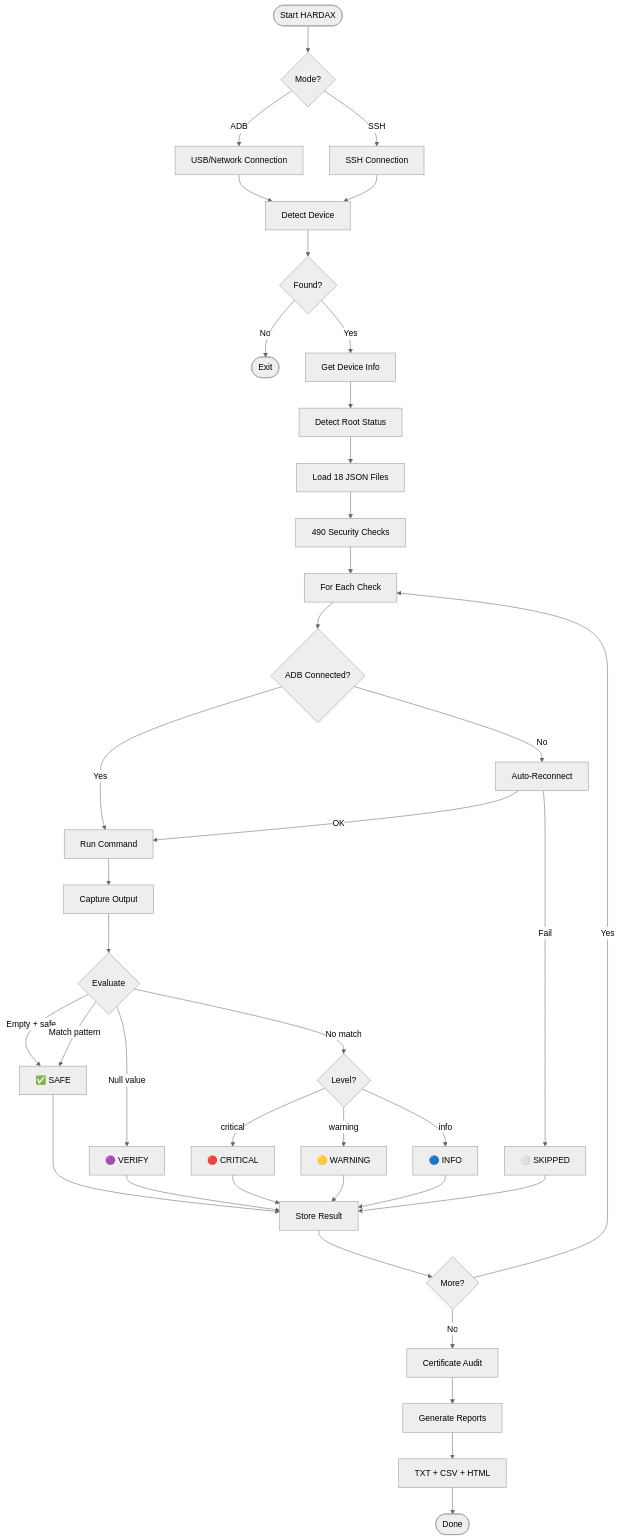
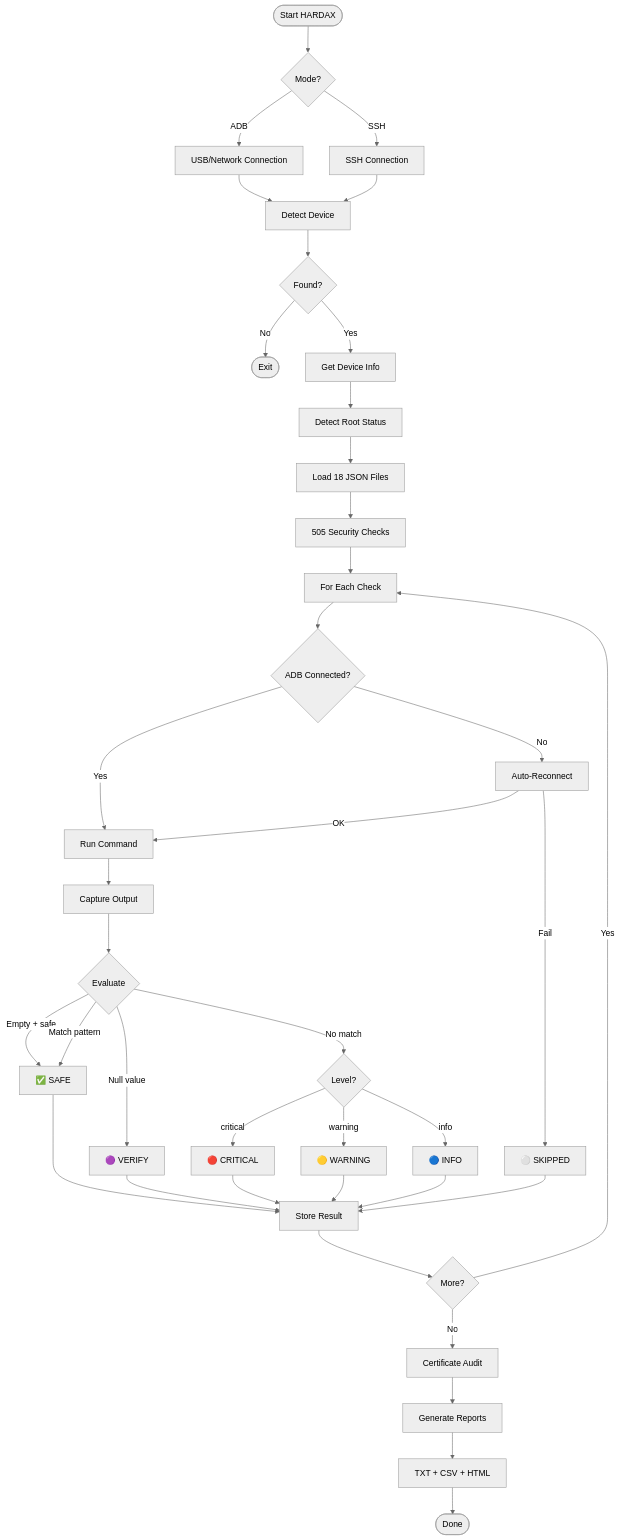
The diagram in README.md (V33RU/hardax), drawn with Mermaid (neutral theme) before and after one commit. The commit also changed other lines of this file, not shown here.

````diff
--- a/README.md
+++ b/README.md
@@ -227,36 +227,36 @@
 ```mermaid
 flowchart TD
     A([Start HARDAX]) --> B{Mode?}
     B -->|ADB| C[USB/Network Connection]
     B -->|SSH| D[SSH Connection]
     C --> E[Detect Device]
     D --> E
     E --> F{Found?}
     F -->|No| G([Exit])
     F -->|Yes| H[Get Device Info]
     H --> I[Detect Root Status]
     I --> J[Load 18 JSON Files]
-    J --> K[490 Security Checks]
+    J --> K[505 Security Checks]
     K --> L[For Each Check]
     L --> M{ADB Connected?}
     M -->|No| N[Auto-Reconnect]
     N -->|Fail| O[⚪ SKIPPED]
     M -->|Yes| P[Run Command]
     N -->|OK| P
     P --> Q[Capture Output]
     Q --> R{Evaluate}
     R -->|Empty + safe| S[✅ SAFE]
     R -->|Match pattern| S
     R -->|Null value| T[🟣 VERIFY]
     R -->|No match| U{Level?}
     U -->|critical| V[🔴 CRITICAL]
     U -->|warning| W[🟡 WARNING]
     U -->|info| X[🔵 INFO]
     S & T & V & W & X & O --> Y[Store Result]
     Y --> Z{More?}
     Z -->|Yes| L
     Z -->|No| AA[Certificate Audit]
     AA --> AB[Generate Reports]
     AB --> AC[TXT + CSV + HTML]
     AC --> AD([Done])
 ```
````
